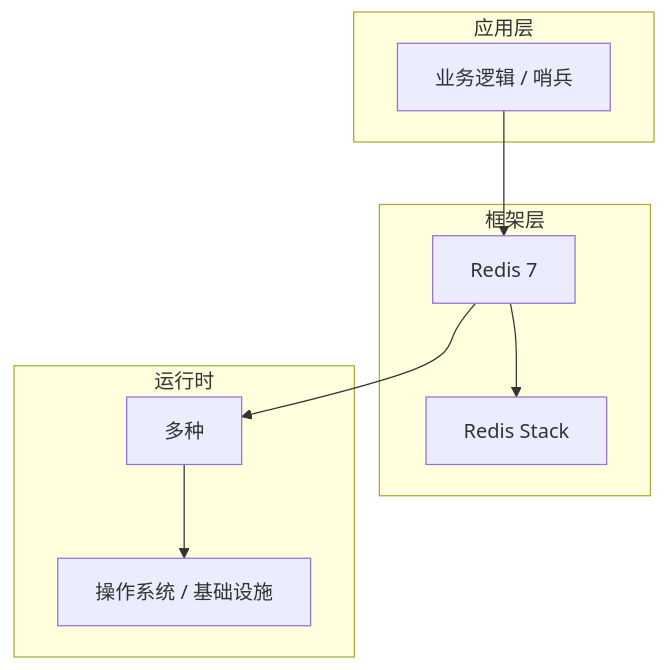
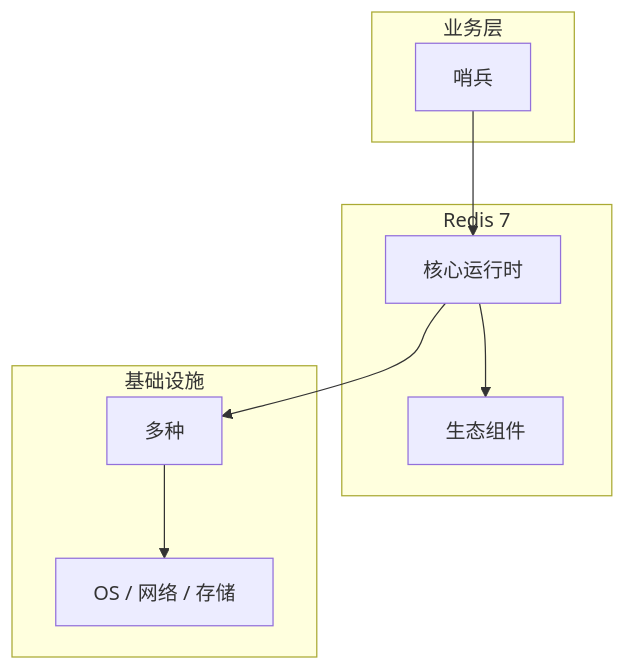
The diagram in articles/Redis/chapters/079-哨兵核心概念与原理.md (yanggan2015/knowledge-json-v2), drawn with Mermaid before and after one commit. The commit also changed other lines of this file and 10127 other files, not shown here.

````diff
--- a/articles/Redis/chapters/079-哨兵核心概念与原理.md
+++ b/articles/Redis/chapters/079-哨兵核心概念与原理.md
@@ -45,18 +34,18 @@
 ```mermaid
 graph TB
-    subgraph 应用层
-        A[业务逻辑 / 哨兵]
+    subgraph 业务层
+        A[哨兵]
     end
-    subgraph 框架层
-        B[Redis 7]
-        C[Redis Stack]
+    subgraph Redis 7
+        B[核心运行时]
+        C[生态组件]
     end
-    subgraph 运行时
+    subgraph 基础设施
         D[多种]
-        E[操作系统 / 基础设施]
+        E[OS / 网络 / 存储]
     end
     A --> B
     B --> C
     B --> D
     D --> E
 ```
````
